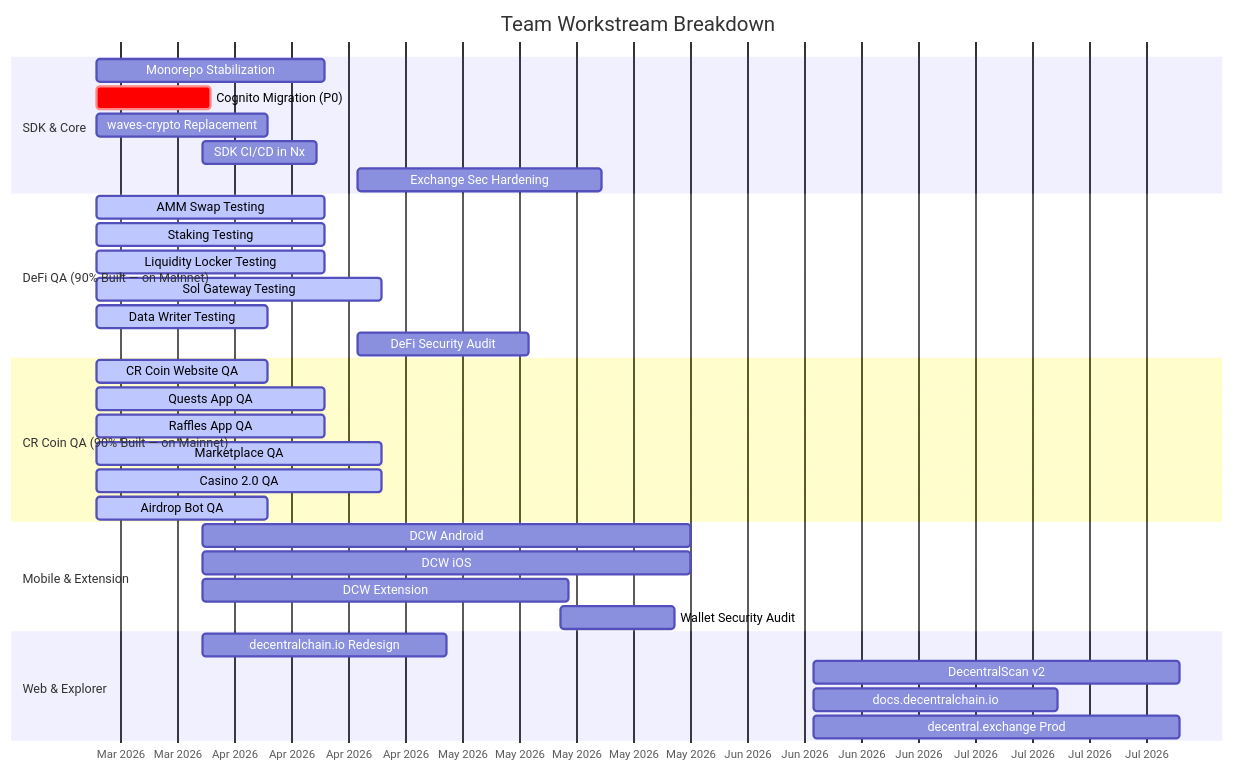
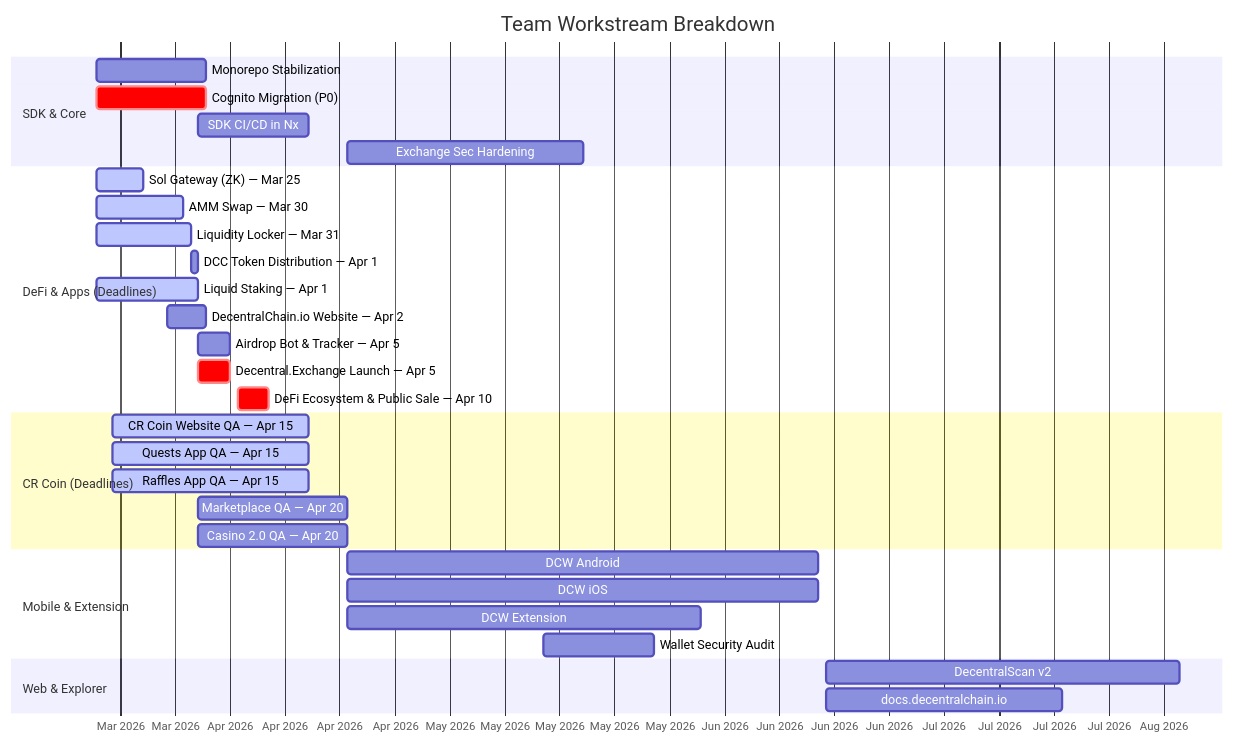
The fourth of 11 diagrams in ROADMAP.md (33imattei33/roadmap-project), drawn with Mermaid before and after one commit. The commit also changed other lines of this file, not shown here.

First line of the commit message:
docs: rewrite roadmap with Phase 2/3 deadlines and remove upstream references

````diff
--- a/ROADMAP.md
+++ b/ROADMAP.md
@@ -167,41 +170,40 @@
 ```mermaid
 gantt
     title Team Workstream Breakdown
     dateFormat  YYYY-MM-DD
     axisFormat  %b %Y
 
     section SDK & Core
-    Monorepo Stabilization       :s1, 2026-03-19, 28d
+    Monorepo Stabilization       :s1, 2026-03-19, 14d
     Cognito Migration (P0)       :crit, s2, 2026-03-19, 14d
-    waves-crypto Replacement     :s3, 2026-03-19, 21d
     SDK CI/CD in Nx              :s4, 2026-04-01, 14d
     Exchange Sec Hardening       :s5, 2026-04-20, 30d
 
-    section DeFi QA (90% Built — on Mainnet)
-    AMM Swap Testing             :active, df1, 2026-03-19, 28d
-    Staking Testing              :active, df2, 2026-03-19, 28d
-    Liquidity Locker Testing     :active, df3, 2026-03-19, 28d
-    Sol Gateway Testing          :active, df4, 2026-03-19, 35d
-    Data Writer Testing          :active, df5, 2026-03-19, 21d
-    DeFi Security Audit          :df6, 2026-04-20, 21d
+    section DeFi & Apps (Deadlines)
+    Sol Gateway (ZK) — Mar 25          :active, df1, 2026-03-19, 6d
+    AMM Swap — Mar 30                  :active, df2, 2026-03-19, 11d
+    Liquidity Locker — Mar 31          :active, df3, 2026-03-19, 12d
+    DCC Token Distribution — Apr 1     :df3b, 2026-03-31, 1d
+    Liquid Staking — Apr 1             :active, df4, 2026-03-19, 13d
+    DecentralChain.io Website — Apr 2  :df5, 2026-03-28, 5d
+    Airdrop Bot & Tracker — Apr 5      :df6, 2026-04-01, 4d
+    Decentral.Exchange Launch — Apr 5  :crit, df7, 2026-04-01, 4d
+    DeFi Ecosystem & Public Sale — Apr 10 :crit, df8, 2026-04-06, 4d
 
-    section CR Coin QA (90% Built — on Mainnet)
-    CR Coin Website QA           :active, cr1, 2026-03-19, 21d
-    Quests App QA                :active, cr2, 2026-03-19, 28d
-    Raffles App QA               :active, cr3, 2026-03-19, 28d
-    Marketplace QA               :active, cr4, 2026-03-19, 35d
-    Casino 2.0 QA                :active, cr5, 2026-03-19, 35d
-    Airdrop Bot QA               :active, cr6, 2026-03-19, 21d
+    section CR Coin (Deadlines)
+    CR Coin Website QA — Apr 15        :active, cr1, 2026-03-21, 25d
+    Quests App QA — Apr 15             :active, cr2, 2026-03-21, 25d
+    Raffles App QA — Apr 15            :active, cr3, 2026-03-21, 25d
+    Marketplace QA — Apr 20            :cr4, 2026-04-01, 19d
+    Casino 2.0 QA — Apr 20             :cr5, 2026-04-01, 19d
 
     section Mobile & Extension
-    DCW Android                  :w1, 2026-04-01, 60d
-    DCW iOS                      :w2, 2026-04-01, 60d
-    DCW Extension                :w3, 2026-04-01, 45d
+    DCW Android                  :w1, 2026-04-20, 60d
+    DCW iOS                      :w2, 2026-04-20, 60d
+    DCW Extension                :w3, 2026-04-20, 45d
     Wallet Security Audit        :w4, 2026-05-15, 14d
 
     section Web & Explorer
-    decentralchain.io Redesign   :wb1, 2026-04-01, 30d
-    DecentralScan v2             :wb2, 2026-06-15, 45d
-    docs.decentralchain.io       :wb3, 2026-06-15, 30d
-    decentral.exchange Prod      :wb4, 2026-06-15, 45d
+    DecentralScan v2             :wb2, 2026-06-20, 45d
+    docs.decentralchain.io       :wb3, 2026-06-20, 30d
 ```
````
